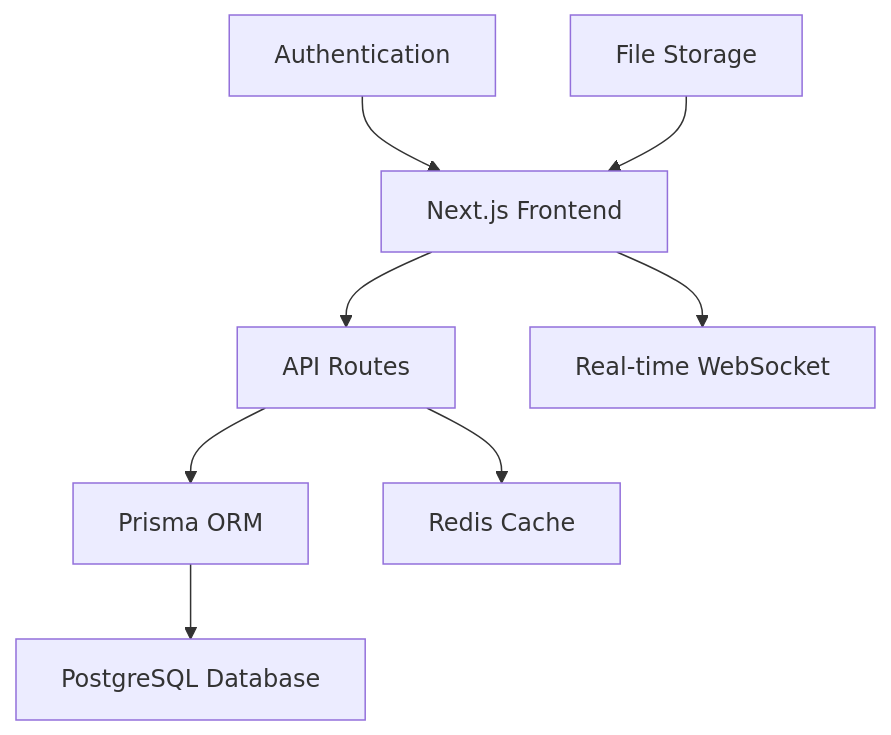
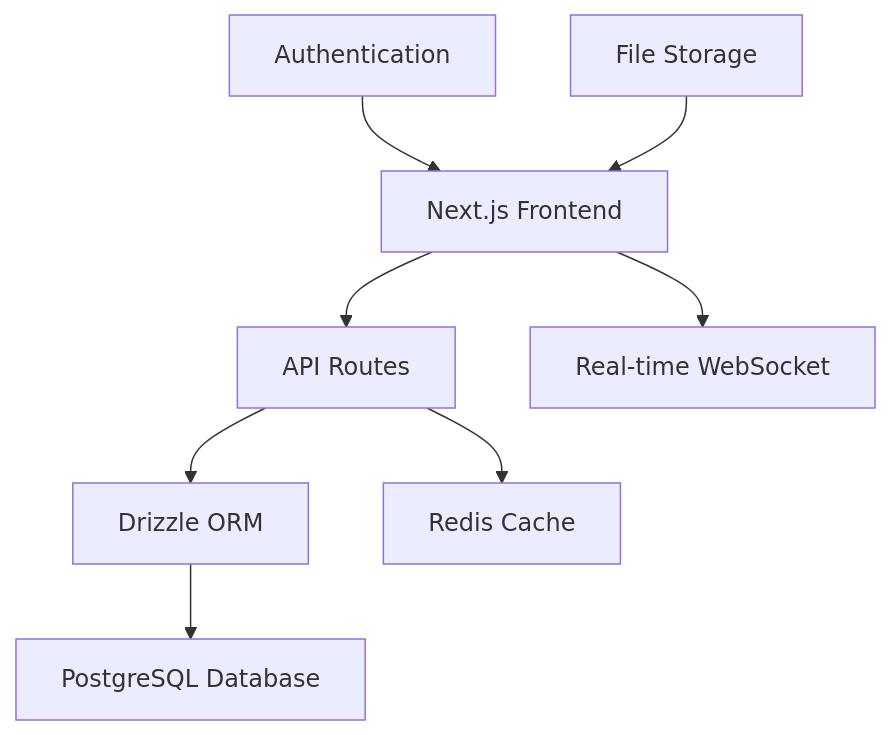
Before and after one commit to rcdelacruz/learnhub-intern-project: the diagram in docs/index.md, drawn with Mermaid. The commit also changed other lines of this file, not shown here.

Commit message:
Update main documentation homepage with Node.js 22 and Drizzle information

````diff
--- a/docs/index.md
+++ b/docs/index.md
@@ -19,10 +19,10 @@
 ```mermaid
 graph TB
     A[Next.js Frontend] --> B[API Routes]
-    B --> C[Prisma ORM]
+    B --> C[Drizzle ORM]
     C --> D[PostgreSQL Database]
     B --> E[Redis Cache]
     A --> F[Real-time WebSocket]
     G[Authentication] --> A
     H[File Storage] --> A
 ```
````
